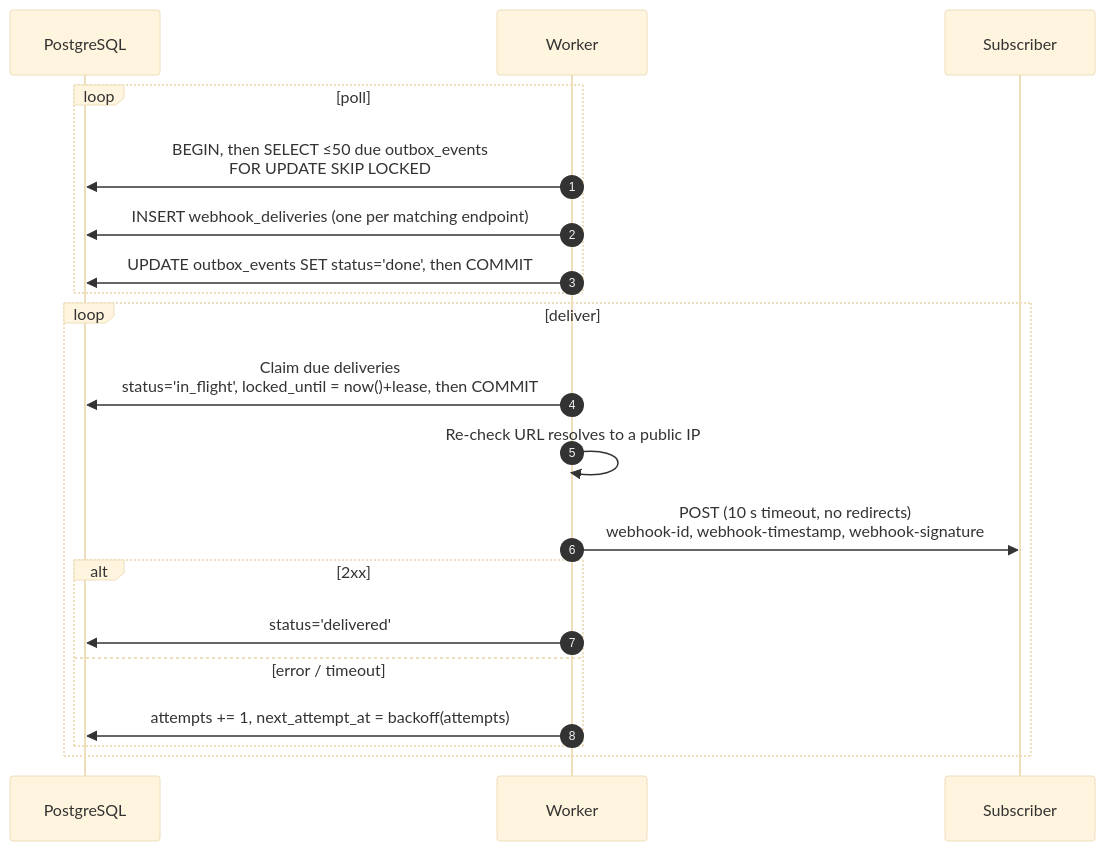
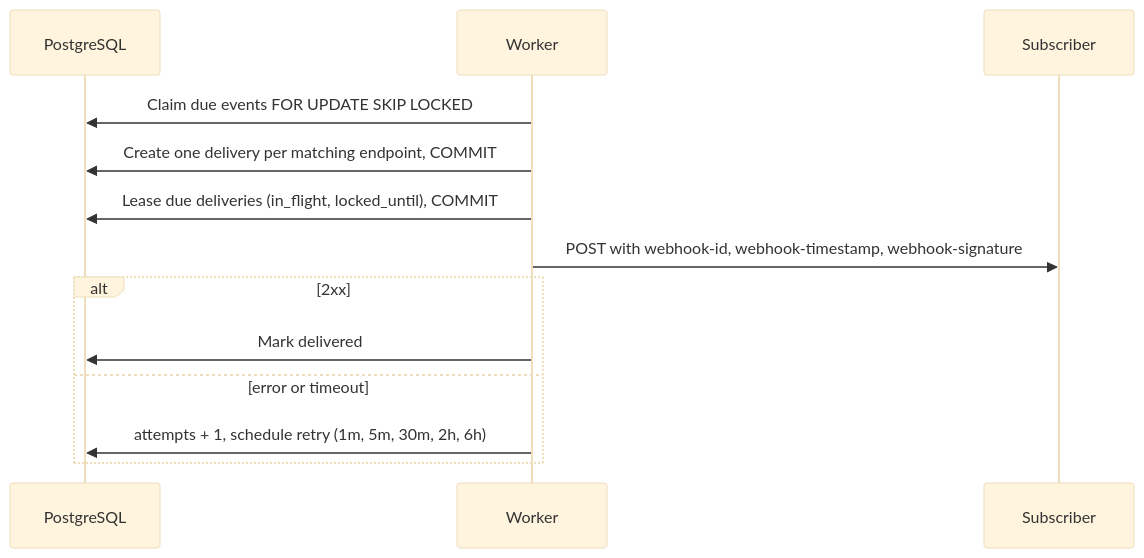
One commit to sdukea/tessel changed the third of 3 diagrams in README.md. Above: the diagram before and after it, drawn with Mermaid (base theme). The commit also changed other lines of this file, not shown here.

````diff
--- a/README.md
+++ b/README.md
@@ -193,23 +89,16 @@
 ```mermaid
 sequenceDiagram
-    autonumber
     participant DB as PostgreSQL
     participant W as Worker
     participant S as Subscriber
 
-    loop poll
-        W->>DB: BEGIN, then SELECT ≤50 due outbox_events<br/>FOR UPDATE SKIP LOCKED
-        W->>DB: INSERT webhook_deliveries (one per matching endpoint)
-        W->>DB: UPDATE outbox_events SET status='done', then COMMIT
-    end
-    loop deliver
-        W->>DB: Claim due deliveries<br/>status='in_flight', locked_until = now()+lease, then COMMIT
-        W->>W: Re-check URL resolves to a public IP
-        W->>S: POST (10 s timeout, no redirects)<br/>webhook-id, webhook-timestamp, webhook-signature
-        alt 2xx
-            W->>DB: status='delivered'
-        else error / timeout
-            W->>DB: attempts += 1, next_attempt_at = backoff(attempts)
-        end
+    W->>DB: Claim due events FOR UPDATE SKIP LOCKED
+    W->>DB: Create one delivery per matching endpoint, COMMIT
+    W->>DB: Lease due deliveries (in_flight, locked_until), COMMIT
+    W->>S: POST with webhook-id, webhook-timestamp, webhook-signature
+    alt 2xx
+        W->>DB: Mark delivered
+    else error or timeout
+        W->>DB: attempts + 1, schedule retry (1m, 5m, 30m, 2h, 6h)
     end
 ```
````
